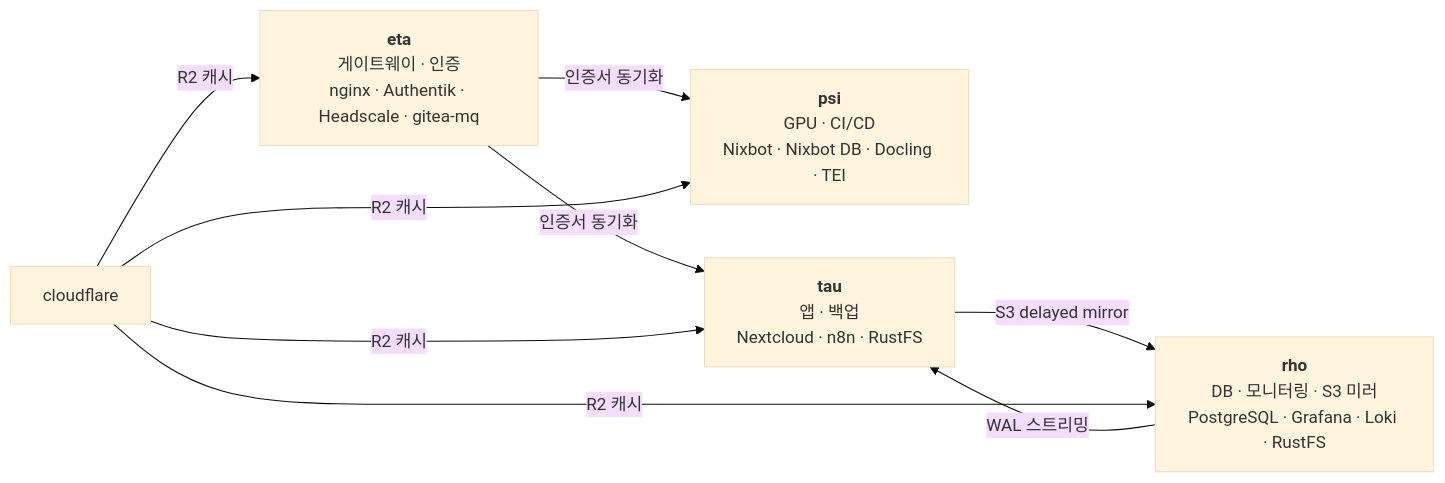
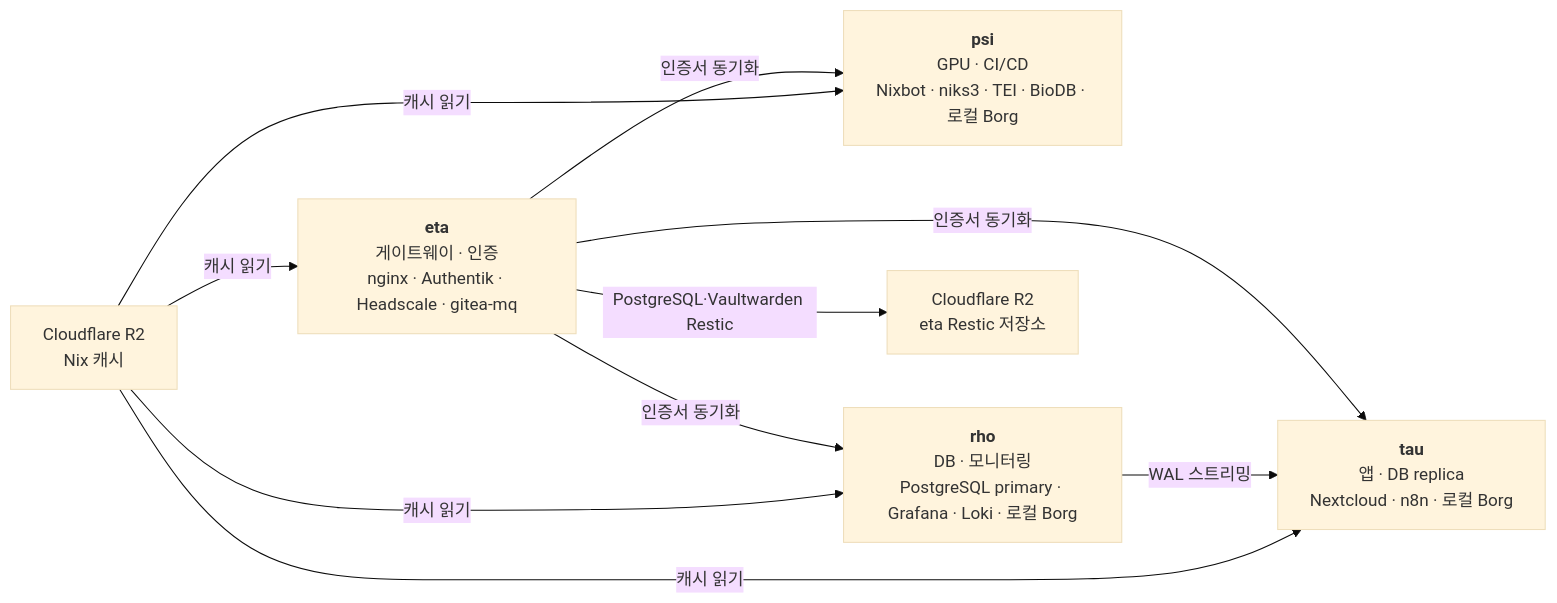
Before and after one commit to SBEE-Lab/infra: the first of 2 diagrams in docs/admin/architecture.md, drawn with Mermaid (base theme). The commit also changed other lines of this file and 49 other files, not shown here.

````diff
--- a/docs/admin/architecture.md
+++ b/docs/admin/architecture.md
@@ -13,12 +13,14 @@
 ```mermaid
 graph LR
   eta["<b>eta</b><br/>게이트웨이 · 인증<br/>nginx · Authentik · Headscale · gitea-mq"]
-  psi["<b>psi</b><br/>GPU · CI/CD<br/>Nixbot · Nixbot DB · Docling · TEI"]
-  rho["<b>rho</b><br/>DB · 모니터링 · S3 미러<br/>PostgreSQL · Grafana · Loki · RustFS"]
-  tau["<b>tau</b><br/>앱 · 백업<br/>Nextcloud · n8n · RustFS"]
+  psi["<b>psi</b><br/>GPU · CI/CD<br/>Nixbot · niks3 · TEI · BioDB · 로컬 Borg"]
+  rho["<b>rho</b><br/>DB · 모니터링<br/>PostgreSQL primary · Grafana · Loki · 로컬 Borg"]
+  tau["<b>tau</b><br/>앱 · DB replica<br/>Nextcloud · n8n · 로컬 Borg"]
+  r2["Cloudflare R2<br/>eta Restic 저장소"]
+  cache["Cloudflare R2<br/>Nix 캐시"]
 
-  eta -- "인증서 동기화" --> psi & tau
+  eta -- "인증서 동기화" --> psi & rho & tau
   rho -- "WAL 스트리밍" --> tau
-  tau -- "S3 delayed mirror" --> rho
-  cloudflare -- "R2 캐시" --> psi & rho & tau & eta
+  eta -- "PostgreSQL·Vaultwarden Restic" --> r2
+  cache -- "캐시 읽기" --> psi & rho & tau & eta
 ```
````
